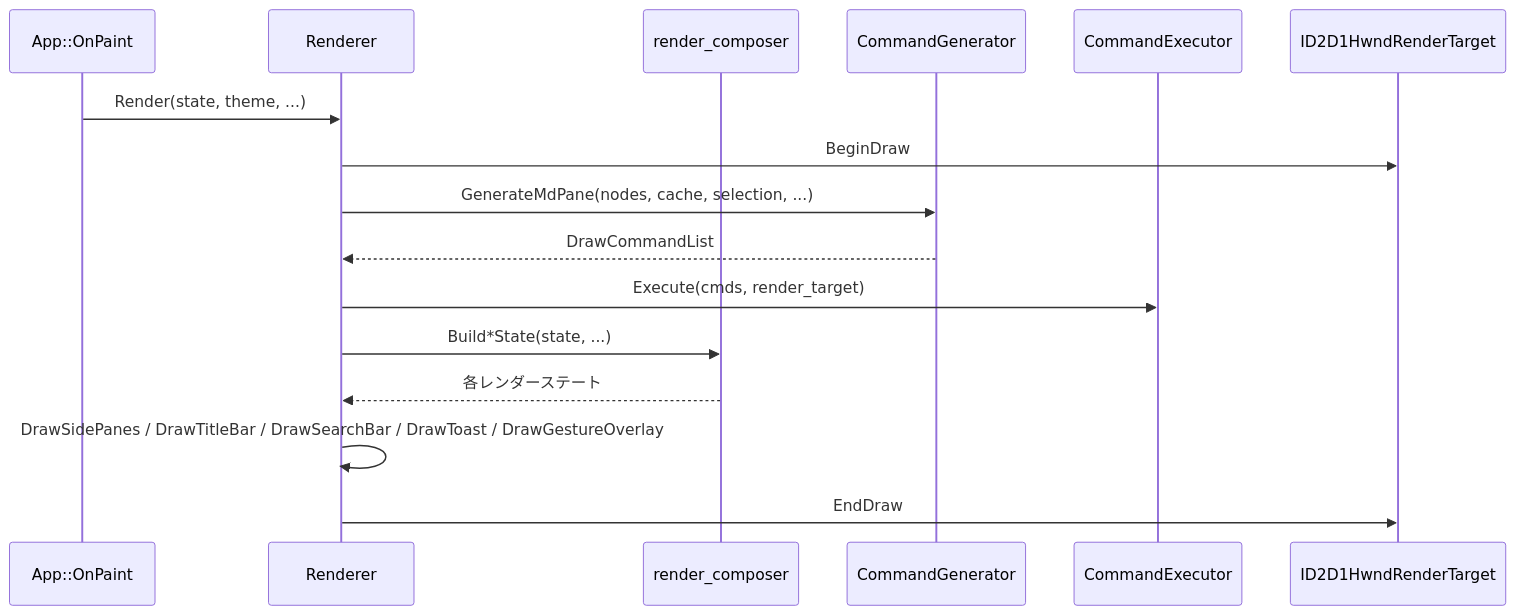
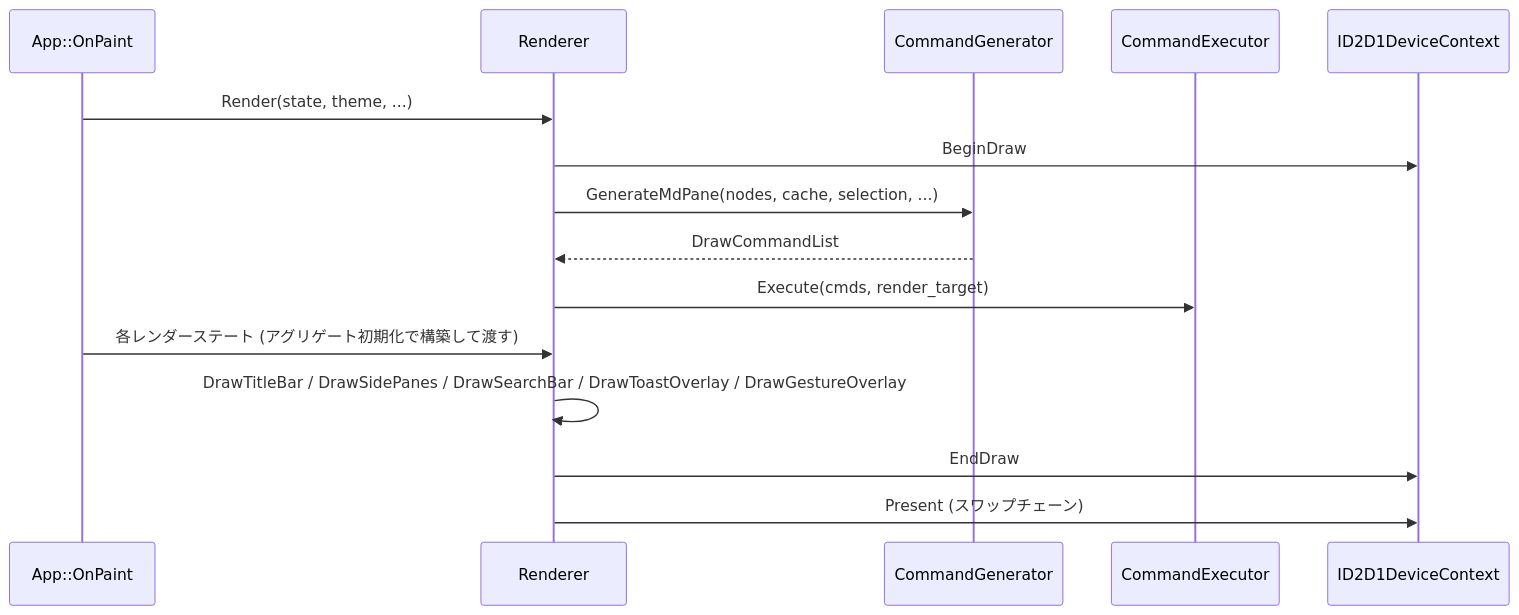
One commit to tanaton/mendo changed the fifth of 27 diagrams in example/test.md. Above: the diagram before and after it, drawn with Mermaid. The commit also changed other lines of this file, not shown here.

````diff
--- a/example/test.md
+++ b/example/test.md
@@ -838,19 +778,18 @@
 ```mermaid
 sequenceDiagram
     participant APP as App::OnPaint
     participant R as Renderer
-    participant RC as render_composer
     participant CG as CommandGenerator
     participant CE as CommandExecutor
-    participant RT as ID2D1HwndRenderTarget
+    participant RT as ID2D1DeviceContext
 
     APP->>R: Render(state, theme, ...)
     R->>RT: BeginDraw
     R->>CG: GenerateMdPane(nodes, cache, selection, ...)
     CG-->>R: DrawCommandList
     R->>CE: Execute(cmds, render_target)
-    R->>RC: Build*State(state, ...)
-    RC-->>R: 各レンダーステート
-    R->>R: DrawSidePanes / DrawTitleBar / DrawSearchBar / DrawToast / DrawGestureOverlay
+    APP->>R: 各レンダーステート (アグリゲート初期化で構築して渡す)
+    R->>R: DrawTitleBar / DrawSidePanes / DrawSearchBar / DrawToastOverlay / DrawGestureOverlay
     R->>RT: EndDraw
+    R->>RT: Present (スワップチェーン)
 ```
````
